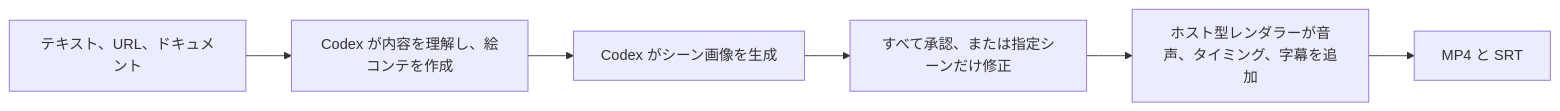
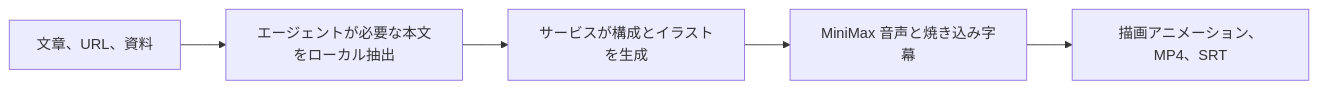
Before and after one commit to SpeedPainterOrg/explainer-video: the diagram in docs/README.ja.md, drawn with Mermaid. The commit also changed other lines of this file and 6 other files, not shown here.

````diff
--- a/docs/README.ja.md
+++ b/docs/README.ja.md
@@ -81,8 +101,7 @@
 ```mermaid
 flowchart LR
-    A["テキスト、URL、ドキュメント"] --> B["Codex が内容を理解し、絵コンテを作成"]
-    B --> C["Codex がシーン画像を生成"]
-    C --> R["すべて承認、または指定シーンだけ修正"]
-    R --> D["ホスト型レンダラーが音声、タイミング、字幕を追加"]
-    D --> E["MP4 と SRT"]
+    A["文章、URL、資料"] --> B["エージェントが必要な本文をローカル抽出"]
+    B --> C["サービスが構成とイラストを生成"]
+    C --> D["MiniMax 音声と焼き込み字幕"]
+    D --> E["描画アニメーション、MP4、SRT"]
 ```
````
